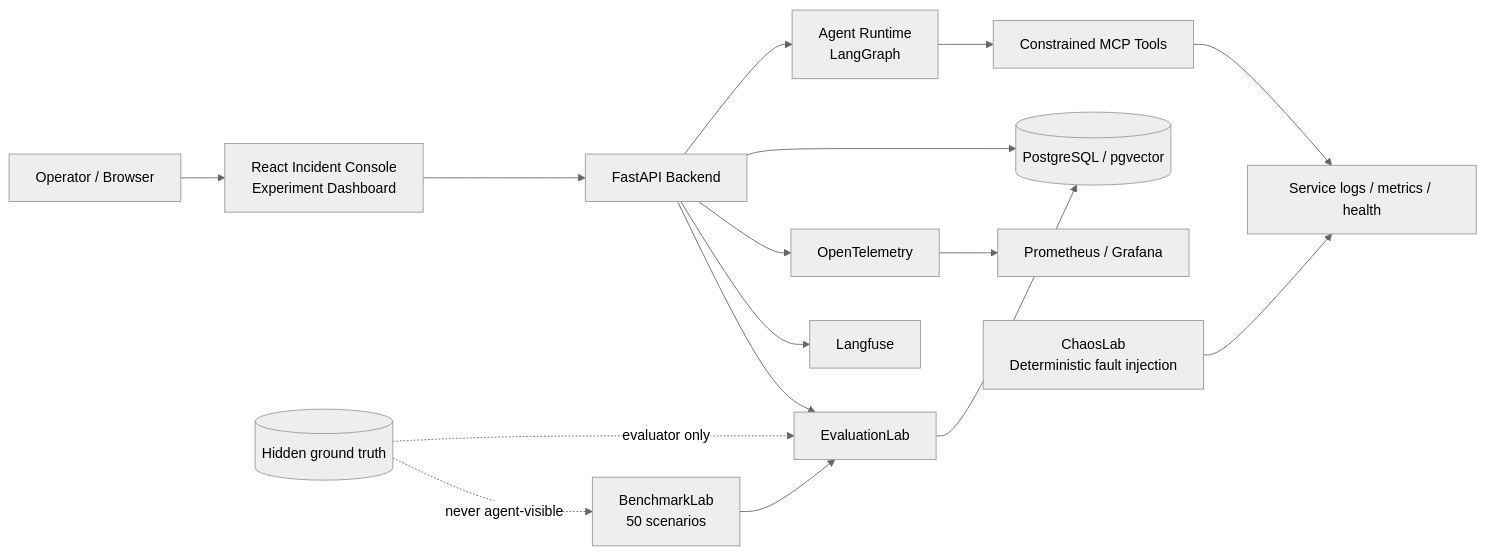
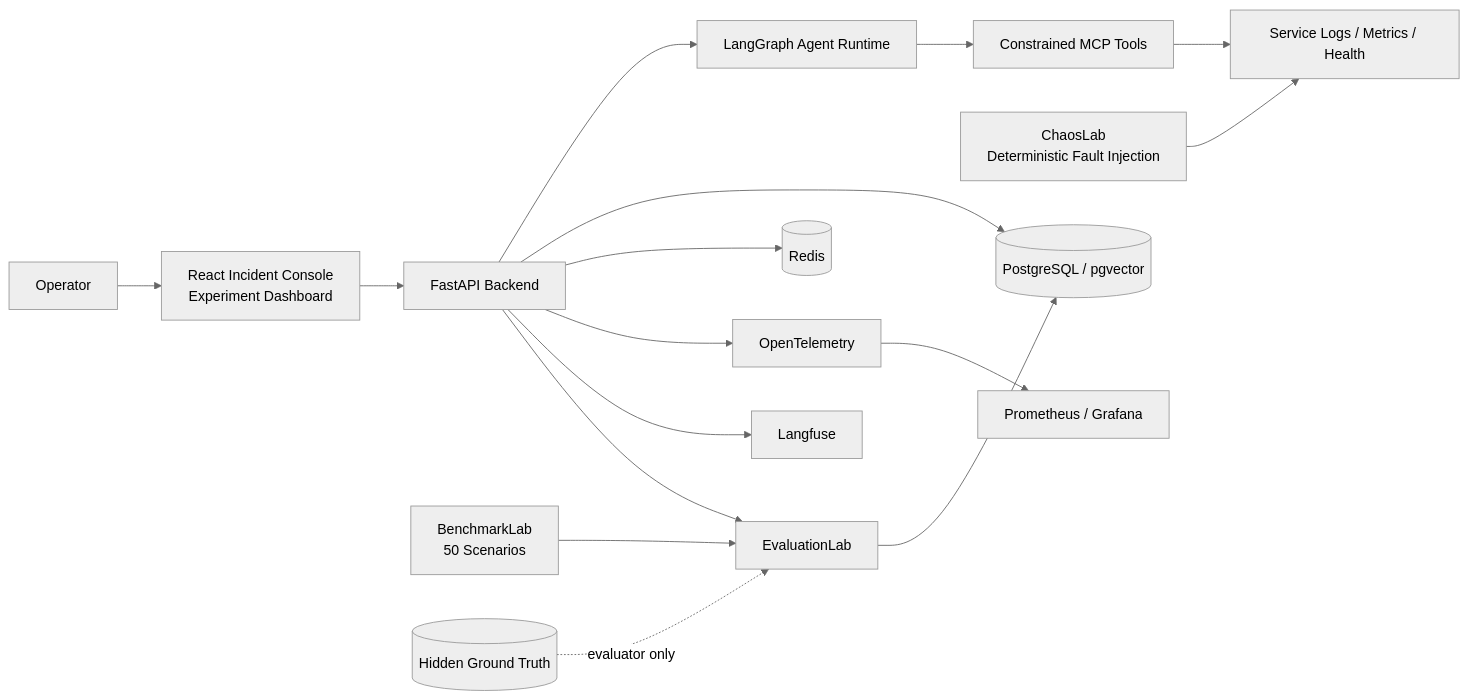
Before and after one commit to sadmanHT/OpsSentinel: the diagram in README.md, drawn with Mermaid (neutral theme). The commit also changed other lines of this file and 3 other files, not shown here.

````diff
--- a/README.md
+++ b/README.md
@@ -105,20 +53,23 @@
 ```mermaid
 flowchart LR
-    U[Operator / Browser] --> FE[React Incident Console\nExperiment Dashboard]
+    U[Operator] --> FE[React Incident Console\nExperiment Dashboard]
     FE --> API[FastAPI Backend]
-    API --> AG[Agent Runtime\nLangGraph]
+    API --> AG[LangGraph Agent Runtime]
     AG --> MCP[Constrained MCP Tools]
-    MCP --> OBS[Service logs / metrics / health]
+    MCP --> SVC[Service Logs / Metrics / Health]
+
+    CHAOS[ChaosLab\nDeterministic Fault Injection] --> SVC
+
     API --> DB[(PostgreSQL / pgvector)]
+    API --> REDIS[(Redis)]
+
     API --> OTEL[OpenTelemetry]
     OTEL --> PROM[Prometheus / Grafana]
     API --> LF[Langfuse]
 
-    CHAOS[ChaosLab\nDeterministic fault injection] --> OBS
-    BENCH[BenchmarkLab\n50 scenarios] --> EVAL[EvaluationLab]
+    BENCH[BenchmarkLab\n50 Scenarios] --> EVAL[EvaluationLab]
     API --> EVAL
     EVAL --> DB
 
-    GT[(Hidden ground truth)] -. evaluator only .-> EVAL
-    GT -. never agent-visible .-> BENCH
+    GT[(Hidden Ground Truth)] -. evaluator only .-> EVAL
 ```
````
